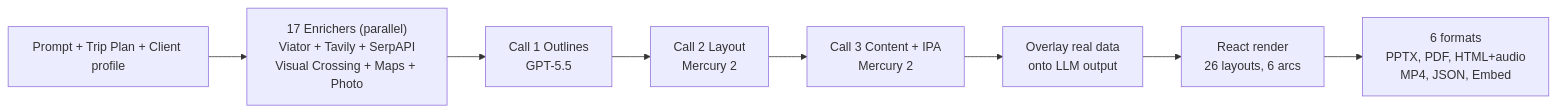
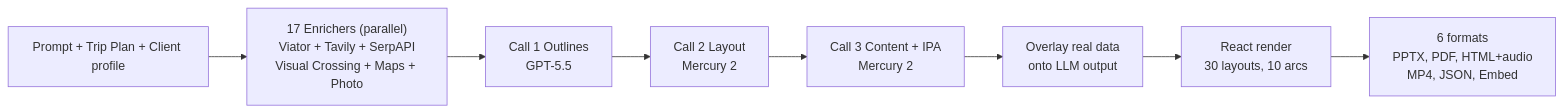
Before and after one commit to VikingDadMedic/presenton: the diagram in stakeholder.md, drawn with Mermaid. The commit also changed other lines of this file and 2 other files, not shown here.

````diff
--- a/stakeholder.md
+++ b/stakeholder.md
@@ -181,18 +182,18 @@
 ```mermaid
 flowchart LR
     Prompt["Prompt + Trip Plan + Client profile"]
     Enrich["17 Enrichers (parallel)<br/>Viator + Tavily + SerpAPI<br/>Visual Crossing + Maps + Photo"]
     LLM1["Call 1 Outlines<br/>GPT-5.5"]
     LLM2["Call 2 Layout<br/>Mercury 2"]
     LLM3["Call 3 Content + IPA<br/>Mercury 2"]
     Overlay["Overlay real data<br/>onto LLM output"]
-    Render["React render<br/>26 layouts, 6 arcs"]
+    Render["React render<br/>30 layouts, 10 arcs"]
     Outputs["6 formats<br/>PPTX, PDF, HTML+audio<br/>MP4, JSON, Embed"]
     Prompt --> Enrich
     Enrich --> LLM1
     LLM1 --> LLM2
     LLM2 --> LLM3
     LLM3 --> Overlay
     Overlay --> Render
     Render --> Outputs
 ```
````
